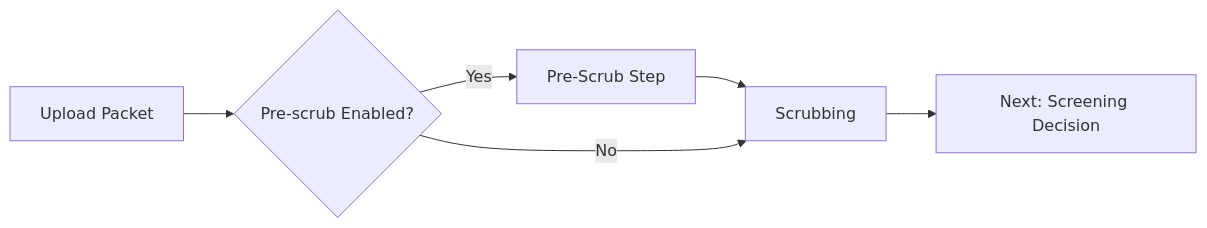
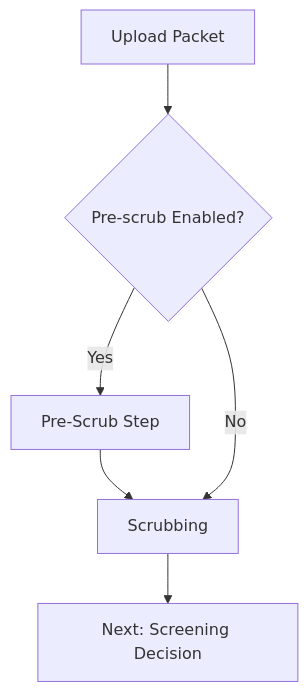
The third of 4 diagrams in docs/WORKFLOW.md (uwcirg/cnics-validation), drawn with Mermaid before and after one commit. The commit also changed other lines of this file and 3125 other files, not shown here.

````diff
--- a/docs/WORKFLOW.md
+++ b/docs/WORKFLOW.md
@@ -41,8 +41,8 @@
 ```mermaid
-graph LR
+graph TD
   U[Upload Packet] --> T{Pre‑scrub Enabled?}
   T -- Yes --> P[Pre‑Scrub Step]
   P --> S[Scrubbing]
   T -- No --> S
   S --> N[Next: Screening Decision]
 ```
````
